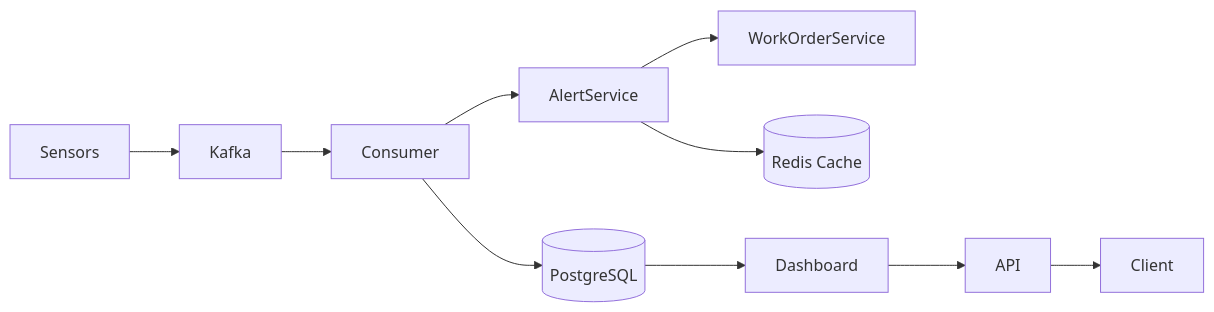
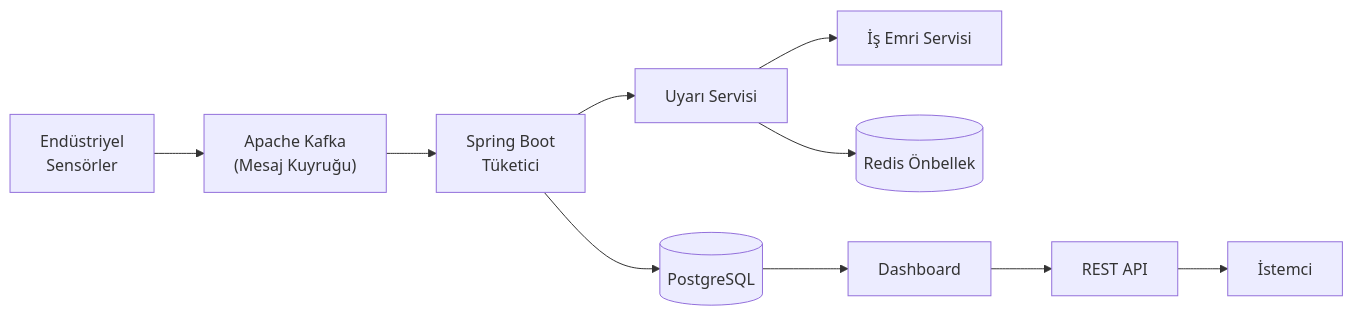
Before and after one commit to BedirAvsar/faultStream: the first of 2 diagrams in README.md, drawn with Mermaid. The commit also changed other lines of this file and 2 other files, not shown here.

````diff
--- a/README.md
+++ b/README.md
@@ -70,12 +77,12 @@
 ```mermaid
 flowchart LR
-    Sensors --> Kafka
-    Kafka --> Consumer
+    Sensors["Endüstriyel\nSensörler"] --> Kafka["Apache Kafka\n(Mesaj Kuyruğu)"]
+    Kafka --> Consumer["Spring Boot\nTüketici"]
     Consumer --> DB[(PostgreSQL)]
-    Consumer --> AlertService
-    AlertService --> WorkOrderService
-    AlertService --> Redis[(Redis Cache)]
-    DB --> Dashboard
-    Dashboard --> API
-    API --> Client
+    Consumer --> AlertService["Uyarı Servisi"]
+    AlertService --> WorkOrderService["İş Emri Servisi"]
+    AlertService --> Redis[(Redis Önbellek)]
+    DB --> Dashboard["Dashboard"]
+    Dashboard --> API["REST API"]
+    API --> Client["İstemci"]
 ```
````
